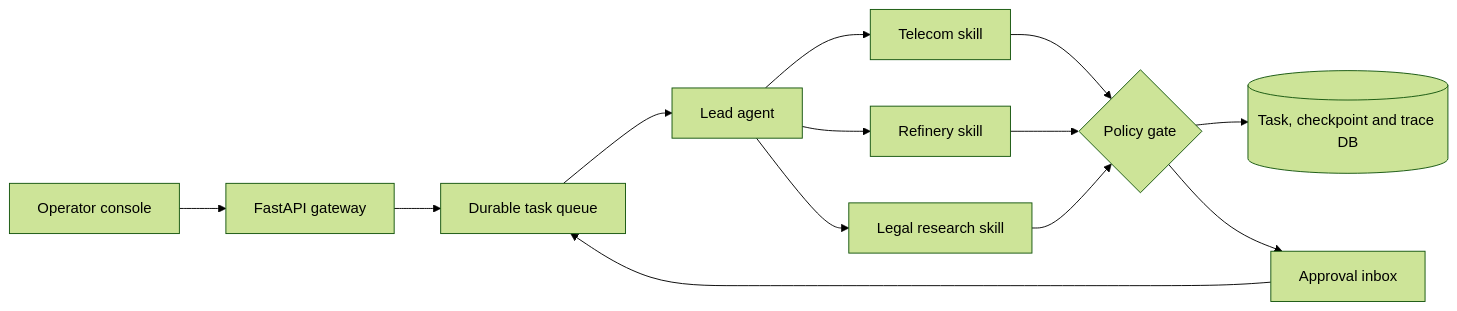
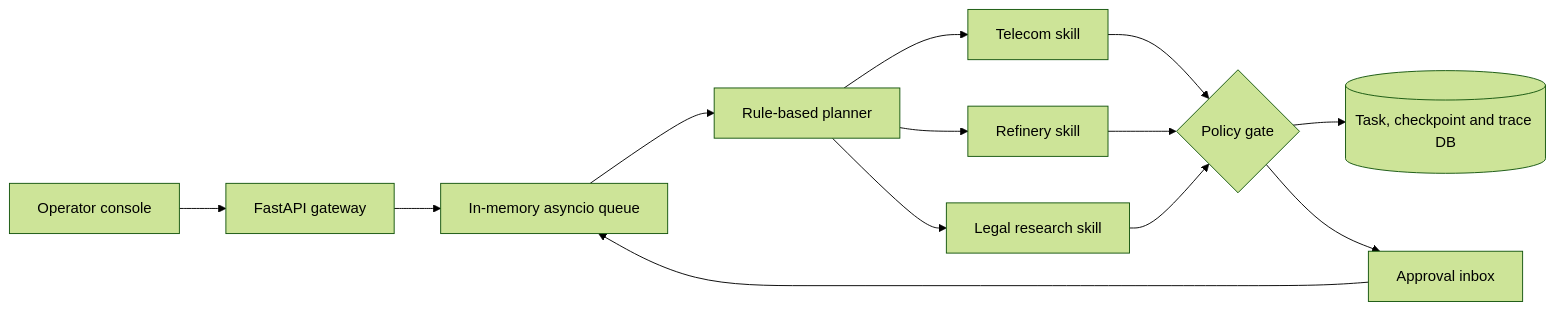
The diagram in README.md (ZhengjunSun/industrial-superagent-workbench), drawn with Mermaid (forest theme) before and after one commit. The commit also changed other lines of this file and 3 other files, not shown here.

````diff
--- a/README.md
+++ b/README.md
@@ -7,15 +7,15 @@
 ```mermaid
 flowchart LR
   UI[Operator console] --> API[FastAPI gateway]
-  API --> Q[Durable task queue]
-  Q --> L[Lead agent]
+  API --> Q[In-memory asyncio queue]
+  Q --> L[Rule-based planner]
   L --> T[Telecom skill]
   L --> R[Refinery skill]
   L --> G[Legal research skill]
   T --> P{Policy gate}
   R --> P
   G --> P
   P --> DB[(Task, checkpoint and trace DB)]
   P --> A[Approval inbox]
   A --> Q
 ```
````
